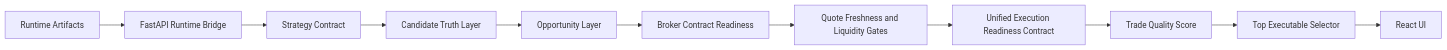
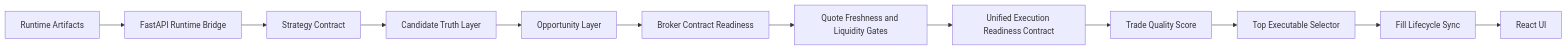
One commit to ramgolladi1503-sys/algotradify changed the diagram in README.md. Above: the diagram before and after it, drawn with Mermaid. The commit also changed other lines of this file, not shown here.

Commit message:
Document fill lifecycle sync

````diff
--- a/README.md
+++ b/README.md
@@ -19,13 +19,14 @@
 ```mermaid
 flowchart LR
     A[Runtime Artifacts] --> B[FastAPI Runtime Bridge]
     B --> C[Strategy Contract]
     C --> D[Candidate Truth Layer]
     D --> E[Opportunity Layer]
     E --> F[Broker Contract Readiness]
     F --> G[Quote Freshness and Liquidity Gates]
     G --> H[Unified Execution Readiness Contract]
     H --> I[Trade Quality Score]
     I --> J[Top Executable Selector]
-    J --> K[React UI]
+    J --> K[Fill Lifecycle Sync]
+    K --> L[React UI]
 ```
````
